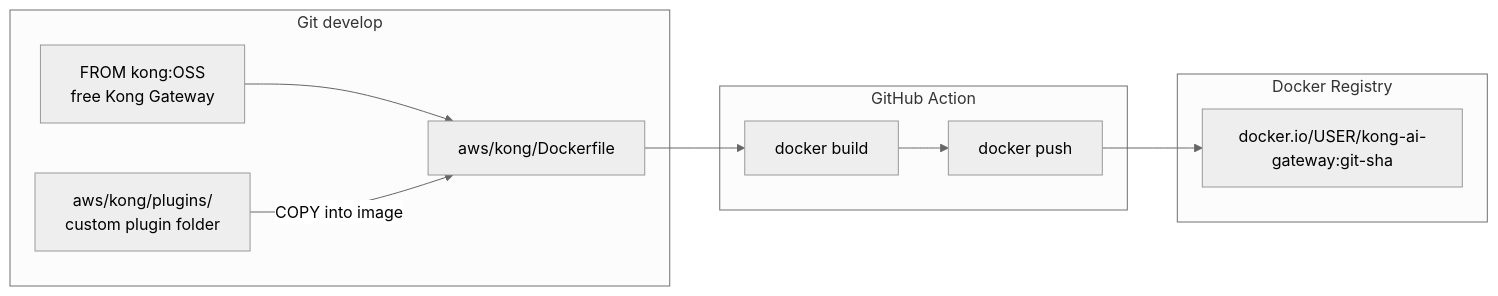
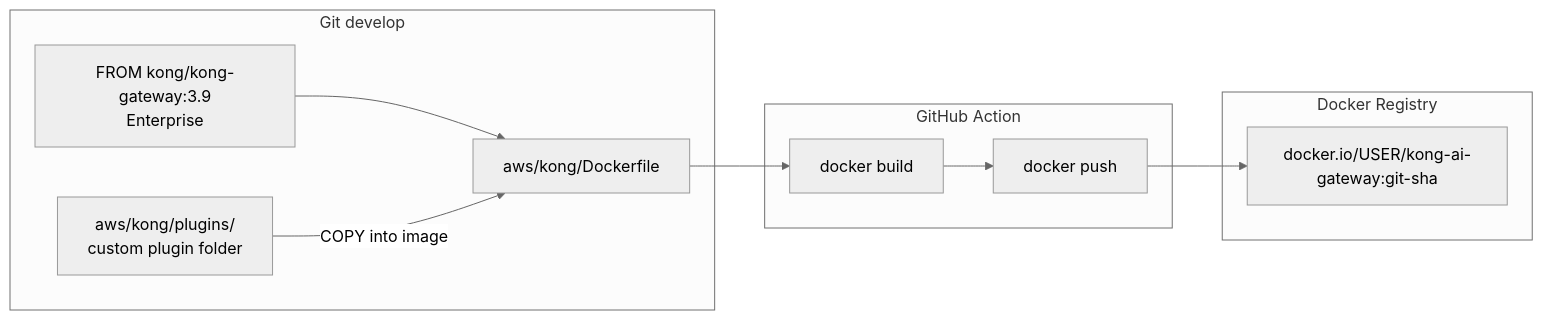
One commit to UttamGiri/kong-ai-gateway changed the first of 3 diagrams in aws/helm/kong-ai-gateway/ARCHITECTURE.md. Above: the diagram before and after it, drawn with Mermaid (neutral theme). The commit also changed other lines of this file and 5 other files, not shown here.

First line of the commit message:
Switch the Kong base image from OSS to Enterprise 3.9.

````diff
--- a/aws/helm/kong-ai-gateway/ARCHITECTURE.md
+++ b/aws/helm/kong-ai-gateway/ARCHITECTURE.md
@@ -25,23 +25,23 @@
 ```mermaid
 flowchart LR
     subgraph src ["Git develop"]
-        BASE["FROM kong:OSS<br/>free Kong Gateway"]
+        BASE["FROM kong/kong-gateway:3.9<br/>Enterprise"]
         PLUG["aws/kong/plugins/<name><br/>custom plugin folder"]
         DF["aws/kong/Dockerfile"]
         BASE --> DF
         PLUG -->|"COPY into image"| DF
     end
 
     subgraph gha ["GitHub Action"]
         BUILD["docker build"]
         PUSH["docker push"]
         BUILD --> PUSH
     end
 
     subgraph reg ["Docker Registry"]
         IMG["docker.io/USER/kong-ai-gateway:git-sha"]
     end
 
     DF --> BUILD
     PUSH --> IMG
 ```
````
